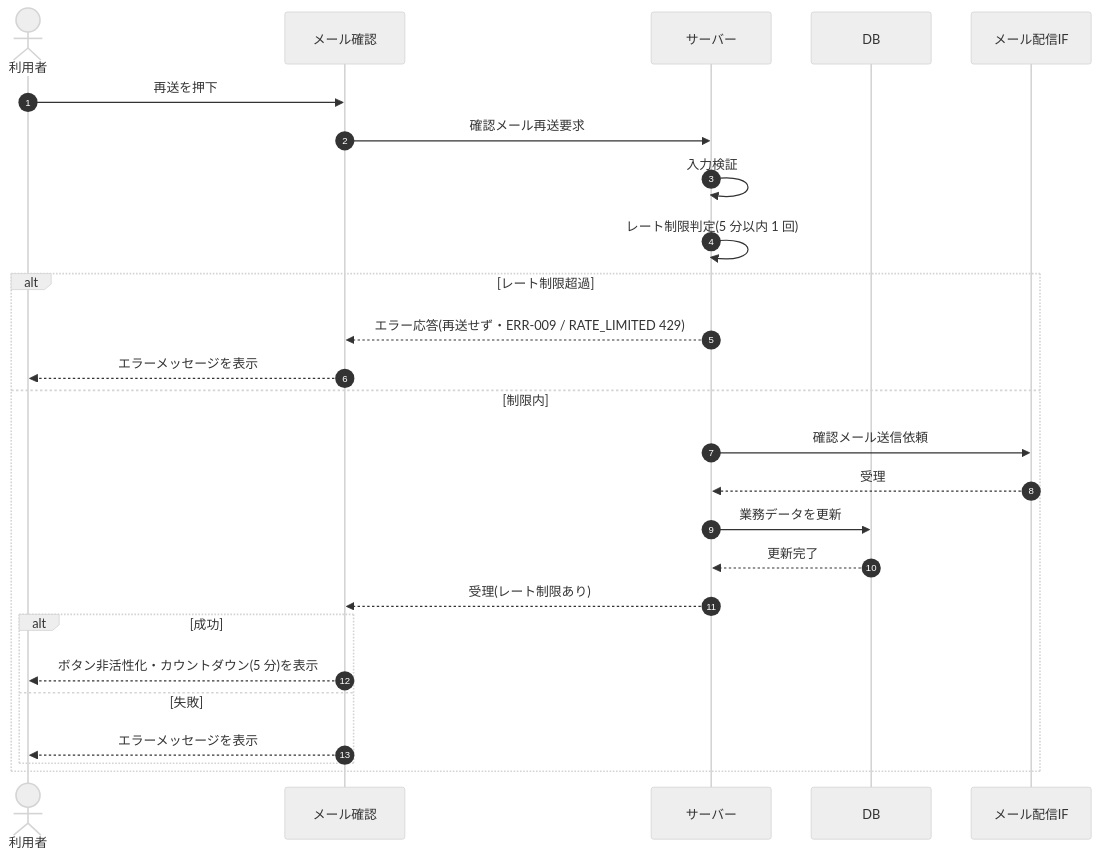
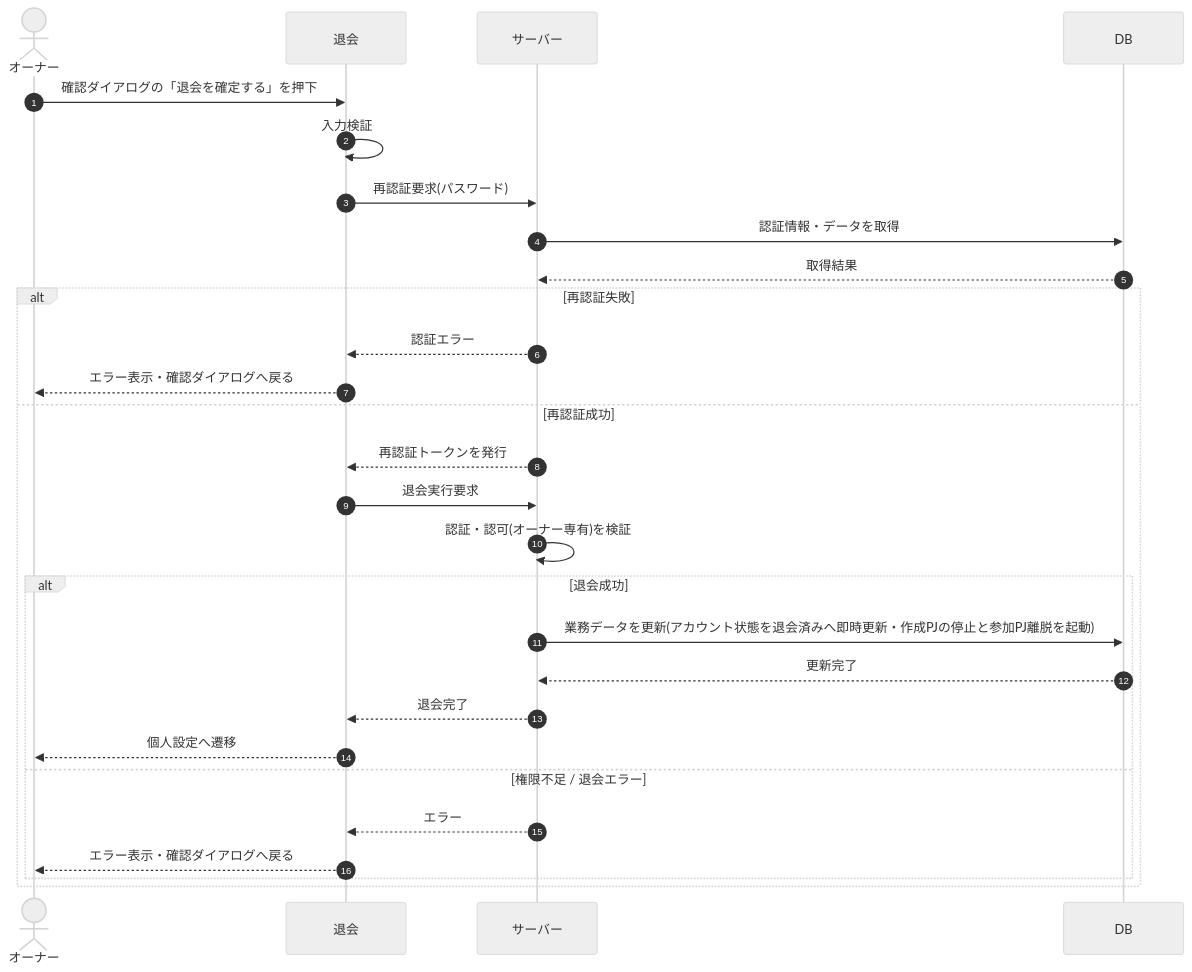
Before and after one commit to sikakou54/open-faq: the diagram in 02_basic_design/03_sequences/SEQ-065.md, drawn with Mermaid (neutral theme). The commit also changed other lines of this file and 395 other files, not shown here.

````diff
--- a/02_basic_design/03_sequences/SEQ-065.md
+++ b/02_basic_design/03_sequences/SEQ-065.md
@@ -25,28 +25,30 @@
 ```mermaid
 sequenceDiagram
   autonumber
-  actor U as 利用者
-  participant Screen as メール確認
+  actor U as オーナー
+  participant Screen as 退会
   participant Server as サーバー
   participant DB as DB
-  participant MAIL as メール配信IF
-  U->>Screen: 再送を押下
-  Screen->>Server: 確認メール再送要求
-  Server->>Server: 入力検証
-  Server->>Server: レート制限判定(5 分以内 1 回)
-  alt レート制限超過
-    Server-->>Screen: エラー応答(再送せず・ERR-009 / RATE_LIMITED 429)
-    Screen-->>U: エラーメッセージを表示
-  else 制限内
-    Server->>MAIL: 確認メール送信依頼
-    MAIL-->>Server: 受理
-    Server->>DB: 業務データを更新
-    DB-->>Server: 更新完了
-    Server-->>Screen: 受理(レート制限あり)
-    alt 成功
-      Screen-->>U: ボタン非活性化・カウントダウン(5 分)を表示
-    else 失敗
-      Screen-->>U: エラーメッセージを表示
+  U->>Screen: 確認ダイアログの「退会を確定する」を押下
+  Screen->>Screen: 入力検証
+  Screen->>Server: 再認証要求(パスワード)
+  Server->>DB: 認証情報・データを取得
+  DB-->>Server: 取得結果
+  alt 再認証失敗
+    Server-->>Screen: 認証エラー
+    Screen-->>U: エラー表示・確認ダイアログへ戻る
+  else 再認証成功
+    Server-->>Screen: 再認証トークンを発行
+    Screen->>Server: 退会実行要求
+    Server->>Server: 認証・認可(オーナー専有)を検証
+    alt 退会成功
+      Server->>DB: 業務データを更新(アカウント状態を退会済みへ即時更新・作成PJの停止と参加PJ離脱を起動)
+      DB-->>Server: 更新完了
+      Server-->>Screen: 退会完了
+      Screen-->>U: 個人設定へ遷移
+    else 権限不足 / 退会エラー
+      Server-->>Screen: エラー
+      Screen-->>U: エラー表示・確認ダイアログへ戻る
     end
   end
 ```
````
